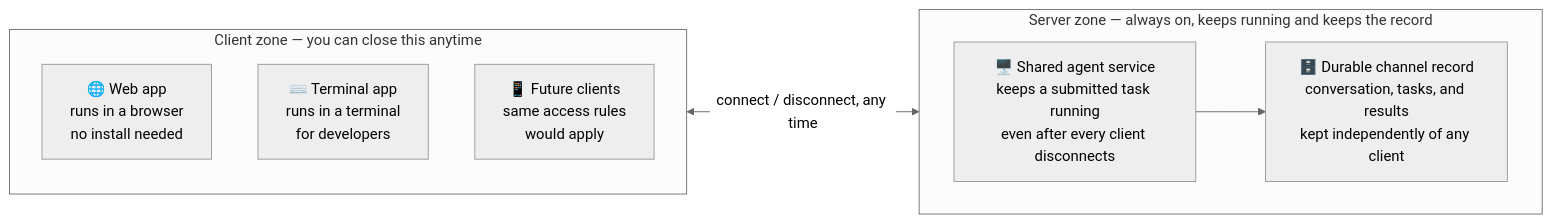
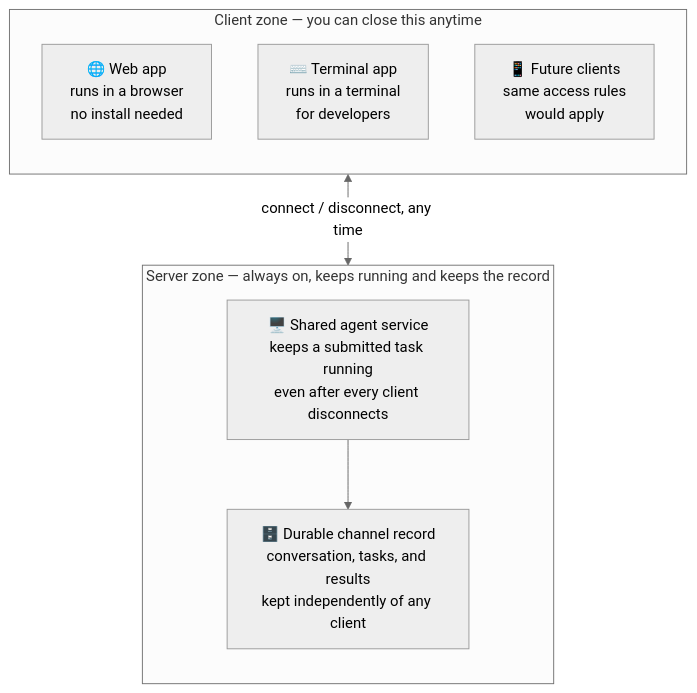
One commit to IAM-SuperBoy/tossakan-ai-releases changed the diagram in README.md. Above: the diagram before and after it, drawn with Mermaid (neutral theme).

Commit message:
Sync README from release-docs/

````diff
--- a/README.md
+++ b/README.md
@@ -168,18 +168,18 @@
 ```mermaid
-flowchart LR
+flowchart TB
     subgraph CLIENT["Client zone — you can close this anytime"]
         direction TB
         WEB["🌐 Web app<br/>runs in a browser<br/>no install needed"]
         TERM["⌨️ Terminal app<br/>runs in a terminal<br/>for developers"]
         FUTURE["📱 Future clients<br/>same access rules<br/>would apply"]
     end
 
+    CLIENT <-->|"connect / disconnect, any time"| SERVER
+
     subgraph SERVER["Server zone — always on, keeps running and keeps the record"]
-        direction LR
+        direction TB
         SVC["🖥️ Shared agent service<br/>keeps a submitted task running<br/>even after every client disconnects"]
         REC["🗄️ Durable channel record<br/>conversation, tasks, and results<br/>kept independently of any client"]
         SVC --> REC
     end
-
-    CLIENT <-->|"connect / disconnect, any time"| SERVER
 ```
````
